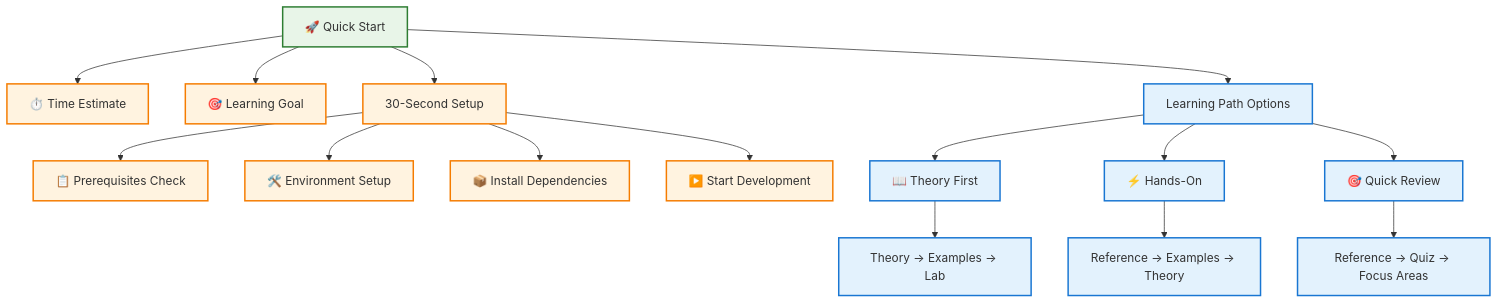
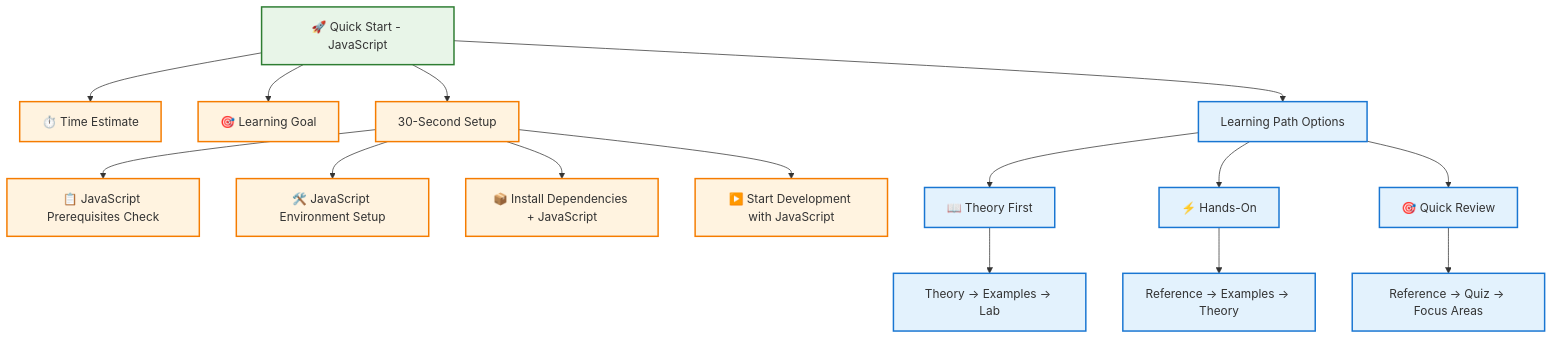
The fifth of 6 diagrams in react-javascript/diagrams/course_structure_diagram.md (longndt/react-course), drawn with Mermaid before and after one commit. The commit also changed other lines of this file and 32 other files, not shown here.

````diff
--- a/react-javascript/diagrams/course_structure_diagram.md
+++ b/react-javascript/diagrams/course_structure_diagram.md
@@ -148,29 +139,29 @@
 ```mermaid
 graph TD
-    A[🚀 Quick Start] --> B[⏱️ Time Estimate]
+    A[🚀 Quick Start - JavaScript] --> B[⏱️ Time Estimate]
     A --> C[🎯 Learning Goal]
     A --> D[30-Second Setup]
     A --> E[Learning Path Options]
 
-    D --> F[📋 Prerequisites Check]
-    D --> G[🛠️ Environment Setup]
-    D --> H[📦 Install Dependencies]
-    D --> I[▶️ Start Development]
+    D --> F[📋 JavaScript Prerequisites Check]
+    D --> G[🛠️ JavaScript Environment Setup]
+    D --> H[📦 Install Dependencies + JavaScript]
+    D --> I[▶️ Start Development with JavaScript]
 
     E --> J[📖 Theory First]
     E --> K[⚡ Hands-On]
     E --> L[🎯 Quick Review]
 
     J --> M[Theory → Examples → Lab]
     K --> N[Reference → Examples → Theory]
     L --> O[Reference → Quiz → Focus Areas]
 
     %% Styling
     classDef quickstart fill:#e8f5e8,stroke:#2e7d32,stroke-width:2px
     classDef setup fill:#fff3e0,stroke:#f57c00,stroke-width:2px
     classDef path fill:#e3f2fd,stroke:#1976d2,stroke-width:2px
 
     class A quickstart
     class B,C,D,F,G,H,I setup
     class E,J,K,L,M,N,O path
 ```
````
